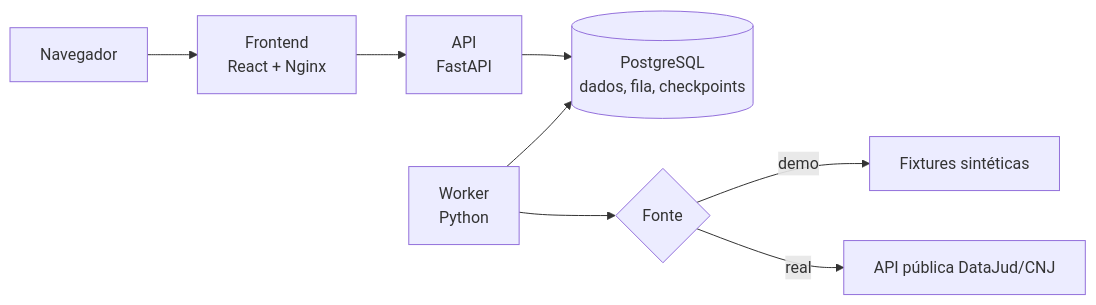
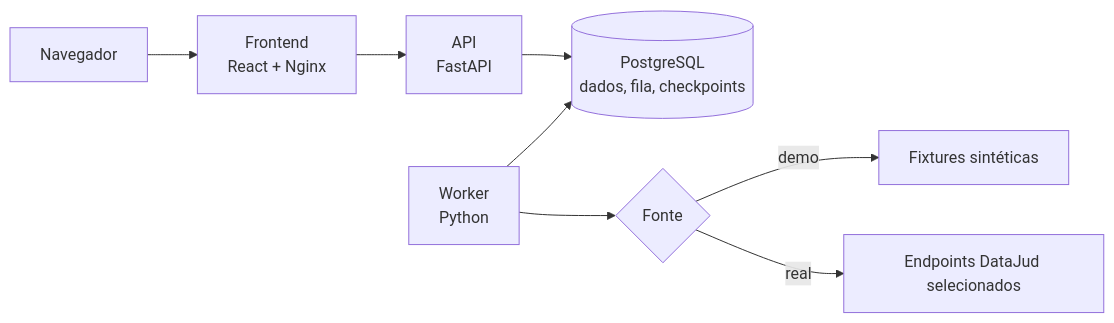
One commit to Duarte0/AgroJud changed the diagram in README.md. Above: the diagram before and after it, drawn with Mermaid. The commit also changed other lines of this file and 3 other files, not shown here.

````diff
--- a/README.md
+++ b/README.md
@@ -39,10 +39,10 @@
 ```mermaid
 flowchart LR
   U[Navegador] --> F[Frontend<br/>React + Nginx]
   F --> A[API<br/>FastAPI]
   A --> DB[(PostgreSQL<br/>dados, fila, checkpoints)]
   W[Worker<br/>Python] --> DB
   W --> S{Fonte}
   S -->|demo| FX[Fixtures sintéticas]
-  S -->|real| DJ[API pública DataJud/CNJ]
+  S -->|real| DJ[Endpoints DataJud selecionados]
 ```
````
